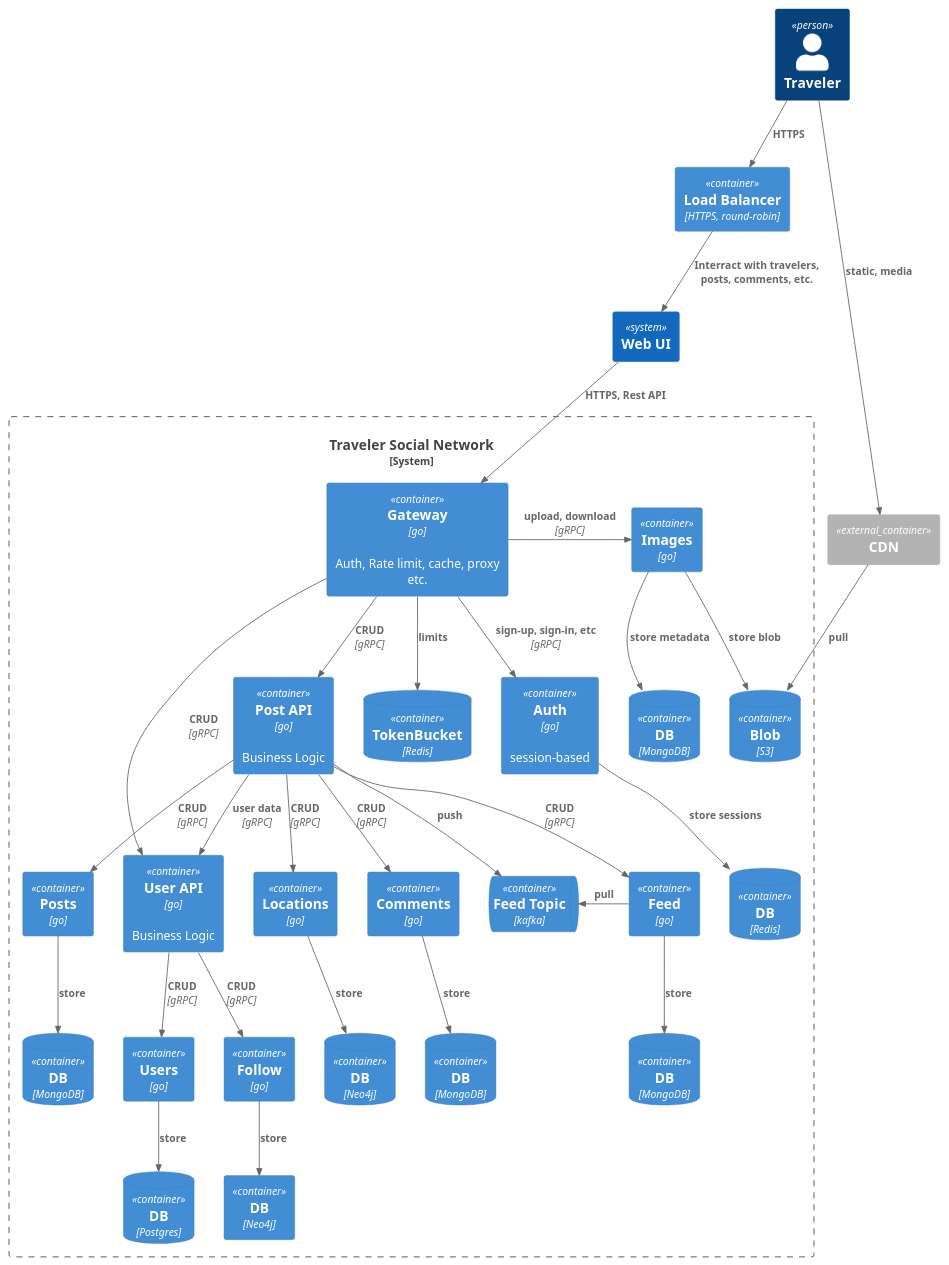
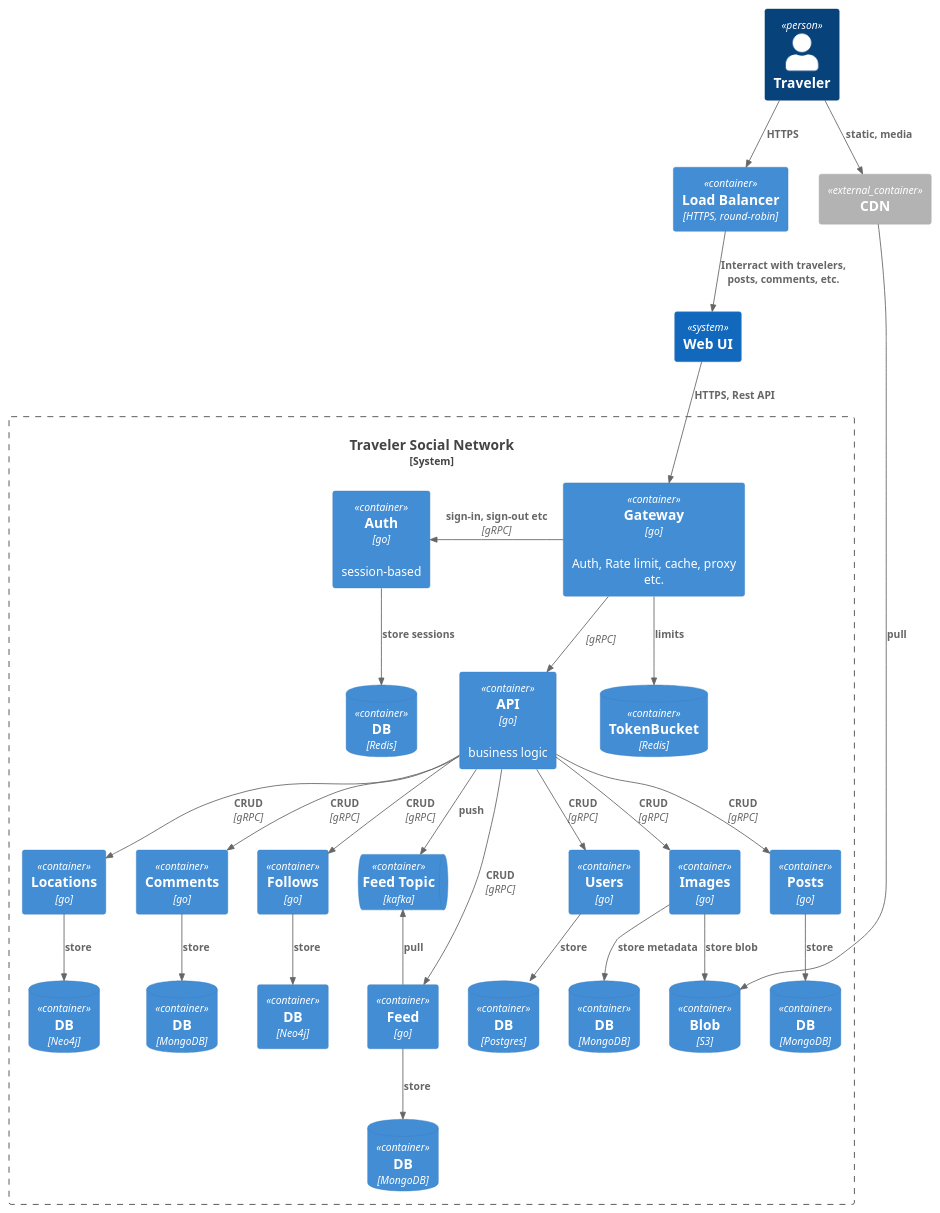
One commit to kirillismad/social_network_system_design changed the diagram in container.puml. Above: the diagram before and after it, drawn with PlantUML.

```diff
--- a/container.puml
+++ b/container.puml
@@ -1,64 +1,61 @@
 @startuml container
 !include https://raw.githubusercontent.com/plantuml-stdlib/C4-PlantUML/master/C4_Container.puml
 
 Person(user, "Traveler")
 Container(lb, "Load Balancer", "HTTPS, round-robin")
 
 System(webapp, "Web UI")
 
 System_Boundary(system, "Traveler Social Network") {
     Container(gateway, "Gateway", "go", "Auth, Rate limit, cache, proxy etc.")
     ContainerDb(gateway_db, "TokenBucket", "Redis")
     Container(auth, "Auth", "go", "session-based")
     ContainerDb(auth_db, "DB", "Redis")
     ContainerDb(users_db, "DB", "Postgres")
     Container(images, "Images", "go")
     ContainerDb(images_db, "DB", "MongoDB")
     ContainerDb(images_blob, "Blob", "S3")
     Container(posts, "Posts", "go")
     ContainerDb(posts_db, "DB", "MongoDB")
     Container(locations, "Locations", "go")
     ContainerDb(locations_db, "DB", "Neo4j")
-    Container(posts_api, "Post API", "go", "Business Logic")
     Container(comments, "Comments", "go")
     ContainerDb(comments_db, "DB", "MongoDB")
-    Container(follow, "Follow", "go")
+    Container(follow, "Follows", "go")
     Container(follow_db, "DB", "Neo4j")
     Container(feed, "Feed", "go")
     ContainerQueue(feed_t, "Feed Topic", "kafka")
     ContainerDb(feed_db, "DB", "MongoDB")
-    Container(user_api, "User API", "go", "Business Logic")
     Container(users, "Users", "go")
+    Container(api, "API", "go", "business logic")
 }
 Container_Ext(cdn, "CDN")
 
 Rel(user, lb, "HTTPS")
 Rel(user, cdn, "static, media")
 Rel(lb, webapp, "Interract with travelers, posts, comments, etc.")
 Rel(webapp, gateway, "HTTPS, Rest API")
-Rel(gateway, auth, "sign-up, sign-in, etc", "gRPC")
-Rel_R(gateway, images, "upload, download", "gRPC")
+Rel_L(gateway, auth, "sign-in, sign-out etc", "gRPC")
 Rel(gateway, gateway_db, "limits")
-Rel(gateway, posts_api, "CRUD", "gRPC")
-Rel(gateway, user_api, "CRUD", "gRPC")
 Rel(auth, auth_db, "store sessions")
 Rel(images, images_db, "store metadata")
 Rel(images, images_blob, "store blob")
 Rel(cdn, images_blob, "pull")
-Rel(posts_api, posts, "CRUD", "gRPC")
-Rel(posts_api, locations, "CRUD", "gRPC")
-Rel(posts_api, comments, "CRUD", "gRPC")
-Rel(posts_api, user_api, "user data", "gRPC")
-Rel(posts_api, feed, "CRUD", "gRPC")
-Rel(posts_api, feed_t, "push")
 Rel(posts, posts_db, "store")
 Rel(locations, locations_db, "store")
 Rel(comments, comments_db, "store")
 Rel(follow, follow_db, "store")
-Rel(user_api, follow, "CRUD", "gRPC")
-Rel(user_api, users, "CRUD", "gRPC")
 Rel(users, users_db, "store")
 Rel(feed, feed_db, "store")
-Rel_L(feed, feed_t, "pull")
+Rel_U(feed, feed_t, "pull")
+Rel(api, users, "CRUD", "gRPC")
+Rel(api, follow, "CRUD", "gRPC")
+Rel(api, posts, "CRUD", "gRPC")
+Rel(api, feed, "CRUD", "gRPC")
+Rel(api, images, "CRUD", "gRPC")
+Rel(api, locations, "CRUD", "gRPC")
+Rel(api, comments, "CRUD", "gRPC")
+Rel(api, feed_t, "push")
+Rel(gateway, api, "", "gRPC")
 
 @enduml
```
